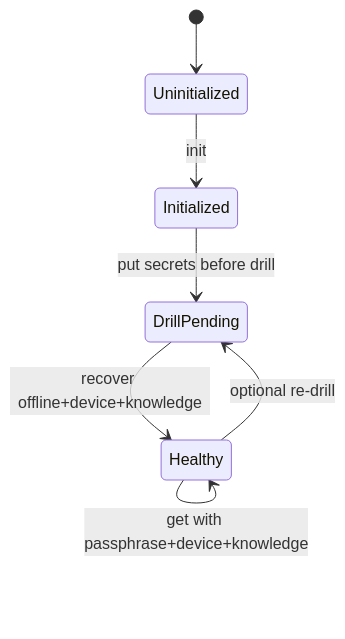
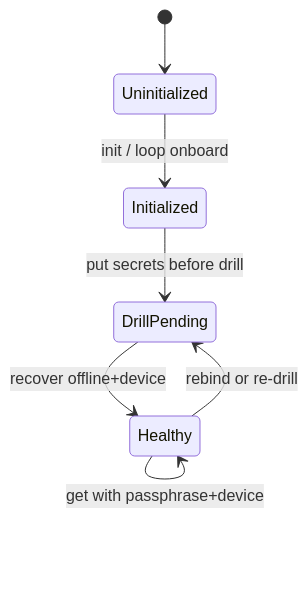
The third of 10 diagrams in arch-design/coming-next-keeper.md (p10ns11y/arch-machine), drawn with Mermaid before and after one commit. The commit also changed other lines of this file and 14 other files, not shown here.

````diff
--- a/arch-design/coming-next-keeper.md
+++ b/arch-design/coming-next-keeper.md
@@ -98,9 +102,9 @@
 ```mermaid
 stateDiagram-v2
   [*] --> Uninitialized
-  Uninitialized --> Initialized: init
+  Uninitialized --> Initialized: init / loop onboard
   Initialized --> DrillPending: put secrets before drill
-  DrillPending --> Healthy: recover offline+device+knowledge
-  Healthy --> Healthy: get with passphrase+device+knowledge
-  Healthy --> DrillPending: optional re-drill
+  DrillPending --> Healthy: recover offline+device
+  Healthy --> Healthy: get with passphrase+device
+  Healthy --> DrillPending: rebind or re-drill
 ```
````
